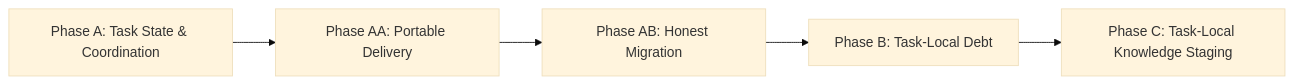
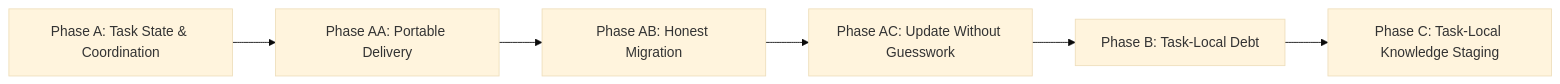
The diagram in tasks/TFW-60__conflict_resistant_shared_workspace/HL-TFW-60__conflict_resistant_shared_workspace.md (saubakirov/trace-first-starter), drawn with Mermaid (base theme) before and after one commit. The commit also changed other lines of this file, not shown here.

First line of the commit message:
[claude-code/TFW-60/freeze/coordinator] add the phase that takes the guesswork out of the update

````diff
--- a/tasks/TFW-60__conflict_resistant_shared_workspace/HL-TFW-60__conflict_resistant_shared_workspace.md
+++ b/tasks/TFW-60__conflict_resistant_shared_workspace/HL-TFW-60__conflict_resistant_shared_workspace.md
@@ -198,7 +198,8 @@
 ```mermaid
 graph LR
   A["Phase A: Task State & Coordination"] --> AA["Phase AA: Portable Delivery"]
   AA --> AB["Phase AB: Honest Migration"]
-  AB --> B["Phase B: Task-Local Debt"]
+  AB --> AC["Phase AC: Update Without Guesswork"]
+  AC --> B["Phase B: Task-Local Debt"]
   B --> C["Phase C: Task-Local Knowledge Staging"]
 ```
````
